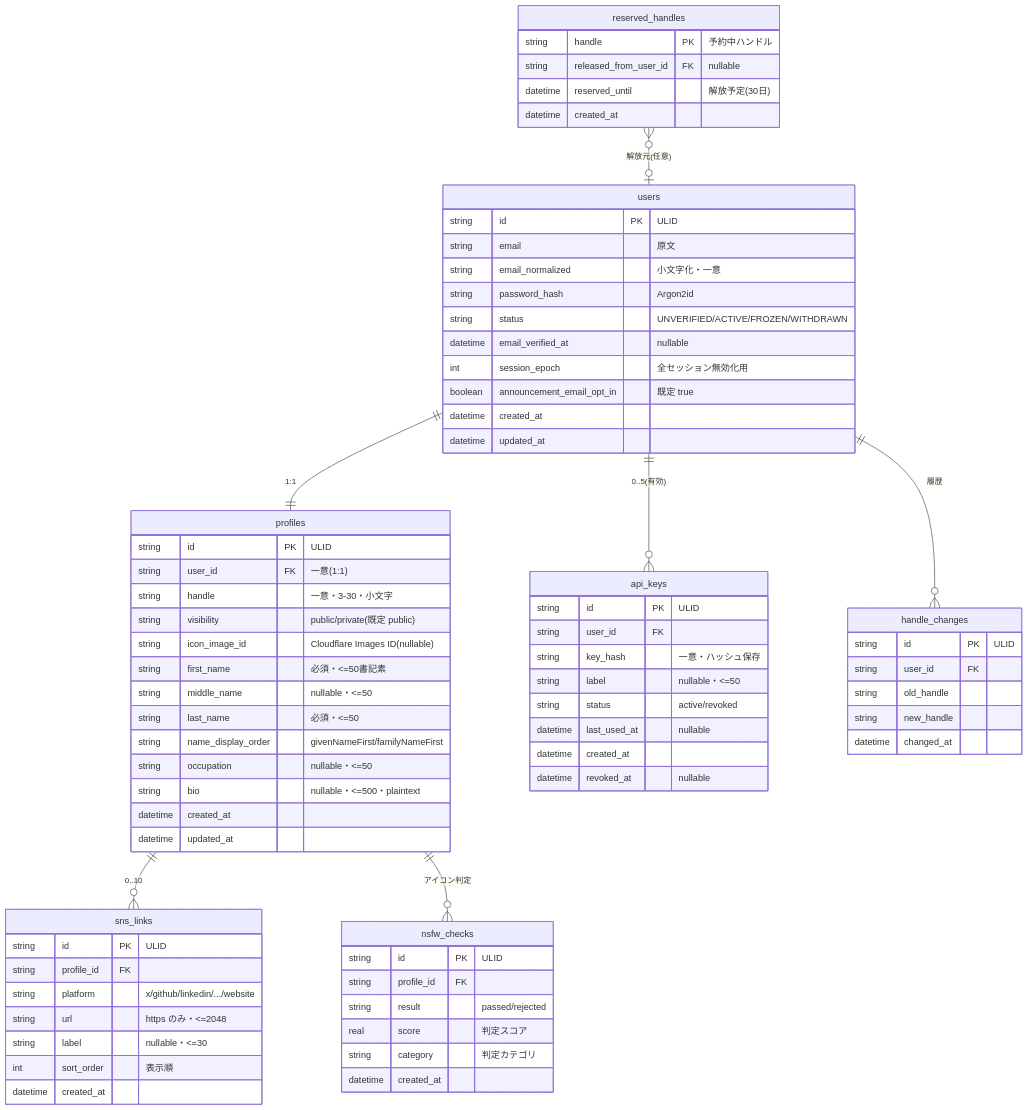
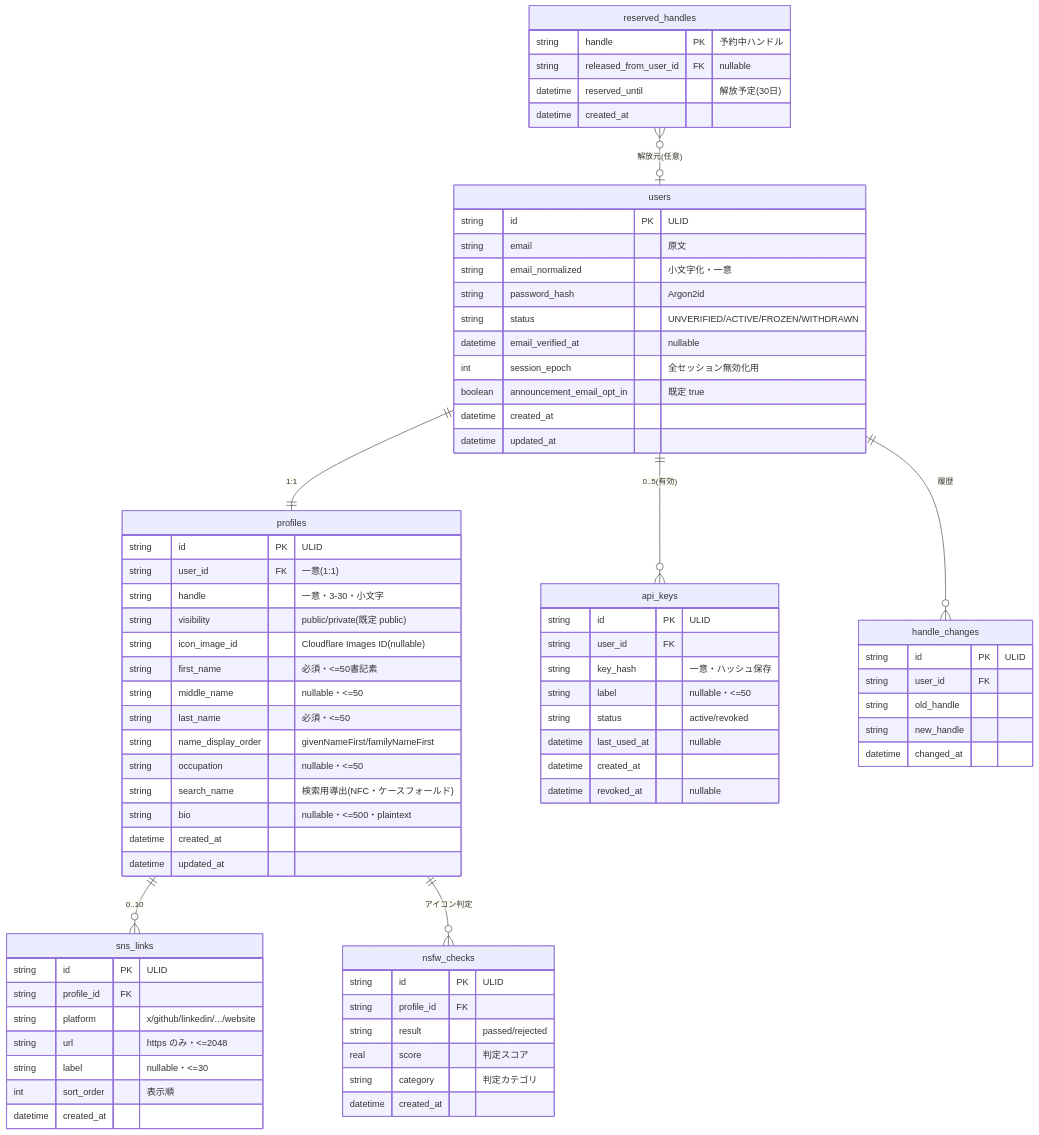
The first of 4 diagrams in docs/GUIDES/db/01-data-model.md (kurachiweb/genai-example-1-profile-community), drawn with Mermaid before and after one commit. The commit also changed other lines of this file and 3 other files, not shown here.

````diff
--- a/docs/GUIDES/db/01-data-model.md
+++ b/docs/GUIDES/db/01-data-model.md
@@ -33,77 +33,78 @@
 ```mermaid
 erDiagram
     users ||--|| profiles : "1:1"
     profiles ||--o{ sns_links : "0..10"
     users ||--o{ api_keys : "0..5(有効)"
     users ||--o{ handle_changes : "履歴"
     profiles ||--o{ nsfw_checks : "アイコン判定"
     reserved_handles }o--o| users : "解放元(任意)"
 
     users {
         string id PK "ULID"
         string email "原文"
         string email_normalized "小文字化・一意"
         string password_hash "Argon2id"
         string status "UNVERIFIED/ACTIVE/FROZEN/WITHDRAWN"
         datetime email_verified_at "nullable"
         int session_epoch "全セッション無効化用"
         boolean announcement_email_opt_in "既定 true"
         datetime created_at
         datetime updated_at
     }
     profiles {
         string id PK "ULID"
         string user_id FK "一意(1:1)"
         string handle "一意・3-30・小文字"
         string visibility "public/private(既定 public)"
         string icon_image_id "Cloudflare Images ID(nullable)"
         string first_name "必須・<=50書記素"
         string middle_name "nullable・<=50"
         string last_name "必須・<=50"
         string name_display_order "givenNameFirst/familyNameFirst"
         string occupation "nullable・<=50"
+        string search_name "検索用導出(NFC・ケースフォールド)"
         string bio "nullable・<=500・plaintext"
         datetime created_at
         datetime updated_at
     }
     sns_links {
         string id PK "ULID"
         string profile_id FK
         string platform "x/github/linkedin/.../website"
         string url "https のみ・<=2048"
         string label "nullable・<=30"
         int sort_order "表示順"
         datetime created_at
     }
     api_keys {
         string id PK "ULID"
         string user_id FK
         string key_hash "一意・ハッシュ保存"
         string label "nullable・<=50"
         string status "active/revoked"
         datetime last_used_at "nullable"
         datetime created_at
         datetime revoked_at "nullable"
     }
     reserved_handles {
         string handle PK "予約中ハンドル"
         string released_from_user_id FK "nullable"
         datetime reserved_until "解放予定(30日)"
         datetime created_at
     }
     handle_changes {
         string id PK "ULID"
         string user_id FK
         string old_handle
         string new_handle
         datetime changed_at
     }
     nsfw_checks {
         string id PK "ULID"
         string profile_id FK
         string result "passed/rejected"
         real score "判定スコア"
         string category "判定カテゴリ"
         datetime created_at
     }
 ```
````
